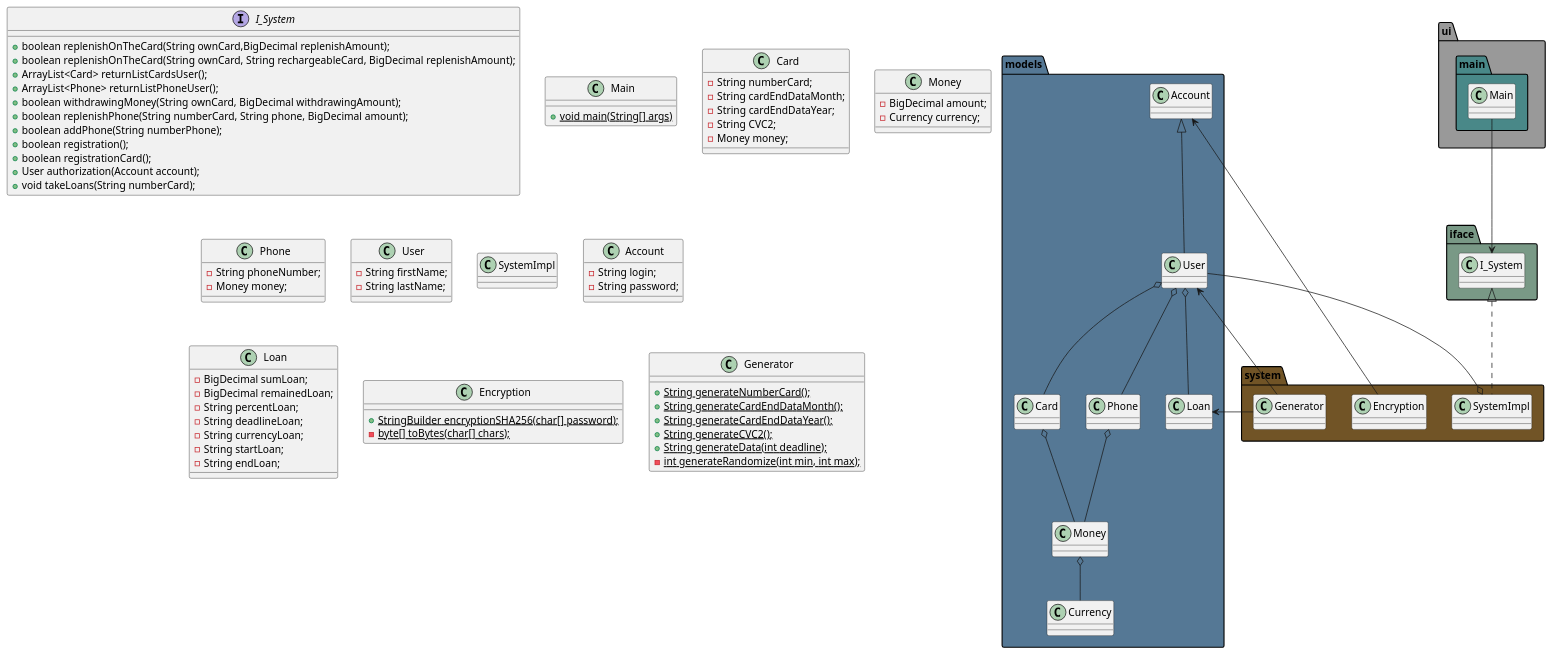
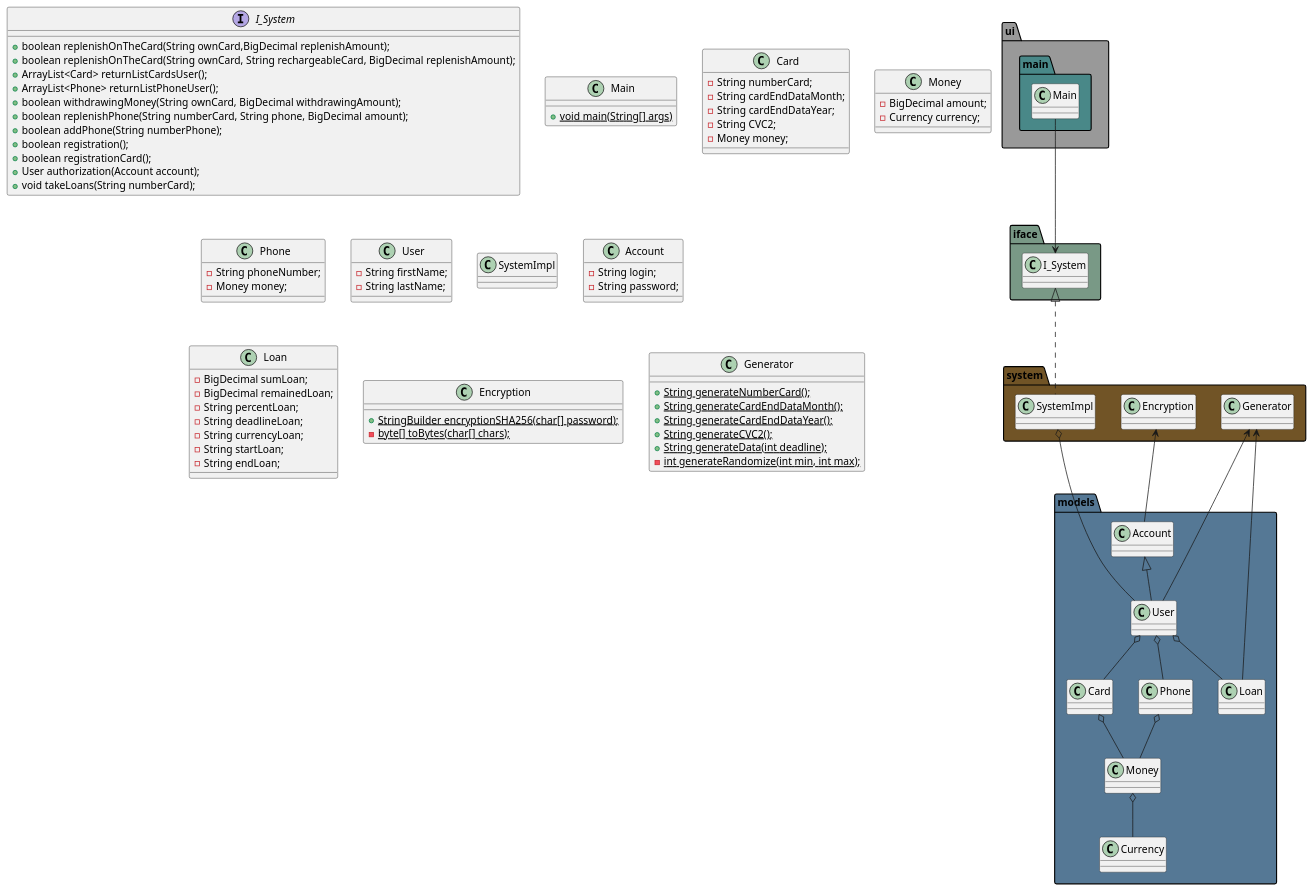
One commit to dima666Sik/banking-system changed the diagram in src/main/resources/diagram/Domain.puml. Above: the diagram before and after it, drawn with PlantUML. The commit also changed 1 other file, not shown here.

Commit message:
Update domain diagram.

```diff
--- a/src/main/resources/diagram/Domain.puml
+++ b/src/main/resources/diagram/Domain.puml
@@ -1,105 +1,105 @@
 @startuml
 
 package "models" #557895 {
   User o-- Card
   User o-- Phone
   Card o-- Money
   Money o-- Currency
   Phone o-- Money
   Account <|-- User
   User o-- Loan
 }
 
 package "system" #715426 {
       SystemImpl o-- User
-      Account <-- Encryption
-      User <-- Generator
-      Loan <-- Generator
+      Encryption <-- Account
+      Generator <-- User
+      Generator <-- Loan
 }
 
 package "iface" #799986 {
     I_System <|.. SystemImpl
 }
 
 package "ui" #999999{
 
     package "main" #498888{
           Main --> I_System
     }
 }
 
 interface I_System {
     +boolean replenishOnTheCard(String ownCard,BigDecimal replenishAmount);
     +boolean replenishOnTheCard(String ownCard, String rechargeableCard, BigDecimal replenishAmount);
     +ArrayList<Card> returnListCardsUser();
     +ArrayList<Phone> returnListPhoneUser();
     +boolean withdrawingMoney(String ownCard, BigDecimal withdrawingAmount);
     +boolean replenishPhone(String numberCard, String phone, BigDecimal amount);
     +boolean addPhone(String numberPhone);
     +boolean registration();
     +boolean registrationCard();
     +User authorization(Account account);
     +void takeLoans(String numberCard);
 }
 
 class Main {
     + {static} void main(String[] args)
 }
 
 class Card {
     -String numberCard;
     -String cardEndDataMonth;
     -String cardEndDataYear;
     -String CVC2;
     -Money money;
 }
 
 class Money {
     - BigDecimal amount;
     - Currency currency;
 }
 
 class Phone {
     - String phoneNumber;
     - Money money;
 }
 
 class User {
     - String firstName;
     - String lastName;
 }
 
 
 class SystemImpl{
 
 }
 
 class Account {
     - String login;
     - String password;
 }
 
 class Loan {
     - BigDecimal sumLoan;
     - BigDecimal remainedLoan;
     - String percentLoan;
     - String deadlineLoan;
     - String currencyLoan;
     - String startLoan;
     - String endLoan;
 }
 
 class Encryption{
 + {static} StringBuilder encryptionSHA256(char[] password);
 - {static} byte[] toBytes(char[] chars);
 }
 
 class Generator{
     + {static} String generateNumberCard();
     + {static} String generateCardEndDataMonth();
     + {static} String generateCardEndDataYear();
     + {static} String generateCVC2();
     + {static} String generateData(int deadline);
     - {static} int generateRandomize(int min, int max);
 }
 @enduml
```
